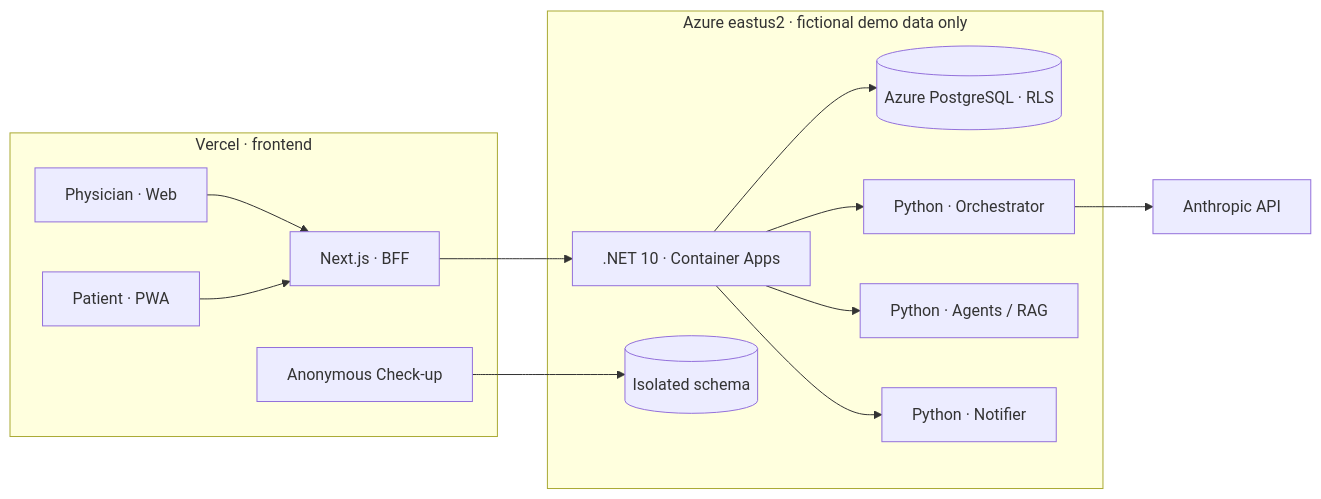
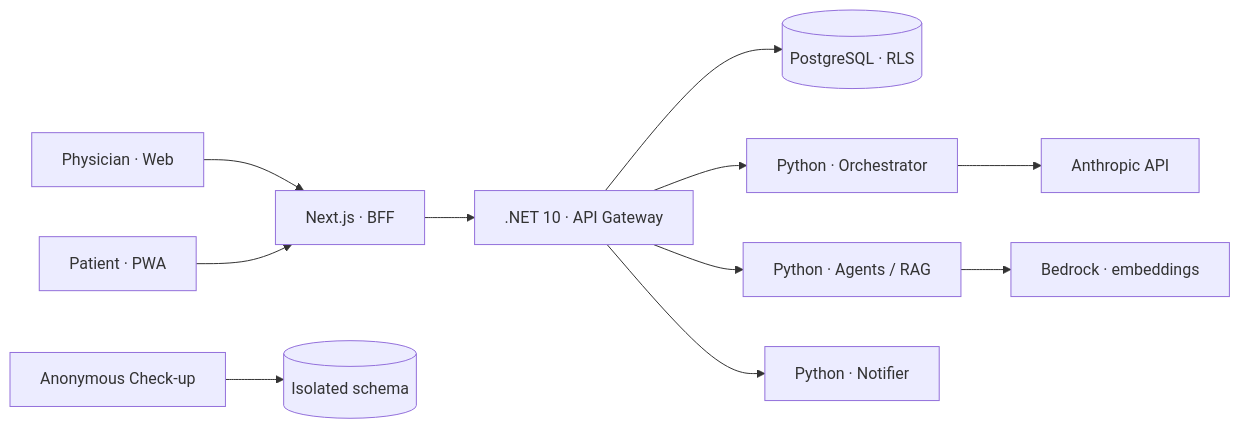
The diagram in README.md (arinelliquebec/cerebro-amigo), drawn with Mermaid before and after one commit. The commit also changed other lines of this file and 233 other files, not shown here.

````diff
--- a/README.md
+++ b/README.md
@@ -119,17 +90,13 @@
 ```mermaid
 flowchart LR
-    subgraph V["Vercel · frontend"]
-      M["Physician · Web"] --> BFF["Next.js · BFF"]
-      P["Patient · PWA"] --> BFF
-      C["Anonymous Check-up"]
-    end
-    subgraph A["Azure eastus2 · fictional demo data only"]
-      BFF --> API[".NET 10 · Container Apps"]
-      API --> DB[("Azure PostgreSQL · RLS")]
-      API --> ORC["Python · Orchestrator"]
-      API --> AGT["Python · Agents / RAG"]
-      API --> NOT["Python · Notifier"]
-      C --> CDB[("Isolated schema")]
-    end
+    M["Physician · Web"] --> BFF["Next.js · BFF"]
+    P["Patient · PWA"] --> BFF
+    BFF --> API[".NET 10 · API Gateway"]
+    API --> DB[("PostgreSQL · RLS")]
+    API --> ORC["Python · Orchestrator"]
+    API --> AGT["Python · Agents / RAG"]
+    API --> NOT["Python · Notifier"]
     ORC --> LLM["Anthropic API"]
+    AGT --> EMB["Bedrock · embeddings"]
+    C["Anonymous Check-up"] --> CDB[("Isolated schema")]
 ```
````
